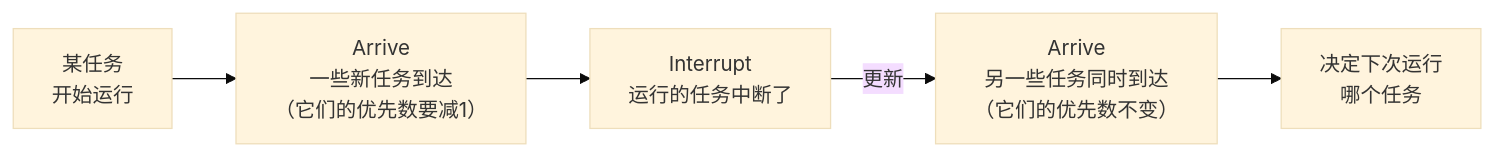
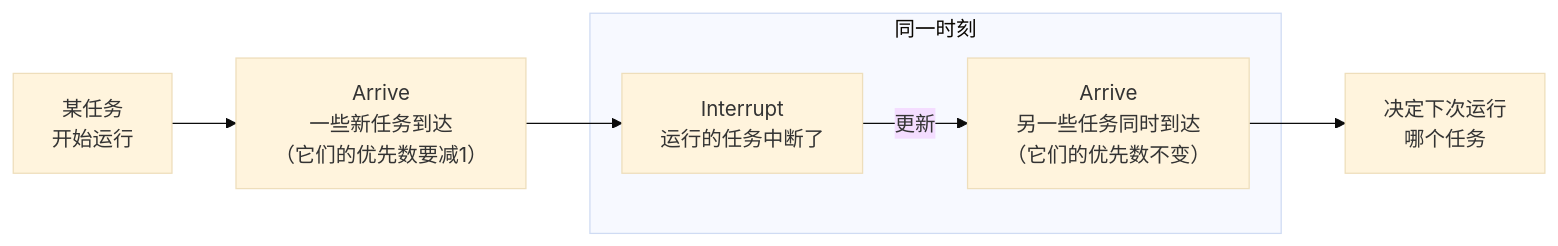
One commit to YDX-2147483647/os_homework changed diagram 20 of 23 in doc/doc_1.md. Above: the diagram before and after it, drawn with Mermaid (base theme). The commit also changed other lines of this file, not shown here.

Commit message:
[ex_1] 实验报告小修小补

````diff
--- a/doc/doc_1.md
+++ b/doc/doc_1.md
@@ -922,8 +922,13 @@
 ```mermaid
 flowchart LR
 start[某任务<br>开始运行]
 --> arrive["Arrive<br>一些新任务到达<br>（它们的优先数要减1）"]
 --> interrupt[Interrupt<br>运行的任务中断了]
 -->|更新| arrive_meantime["Arrive<br>另一些任务同时到达<br>（它们的优先数不变）"]
 --> decide[决定下次运行<br>哪个任务]
+
+subgraph 同一时刻
+    interrupt
+    arrive_meantime
+end
 ```
````
